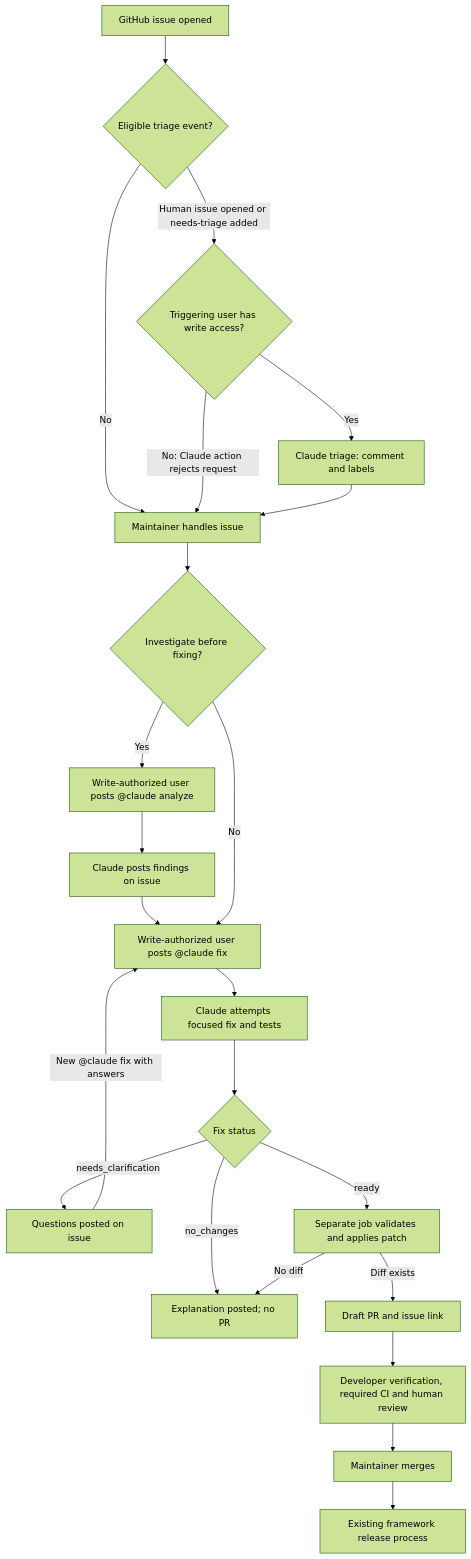
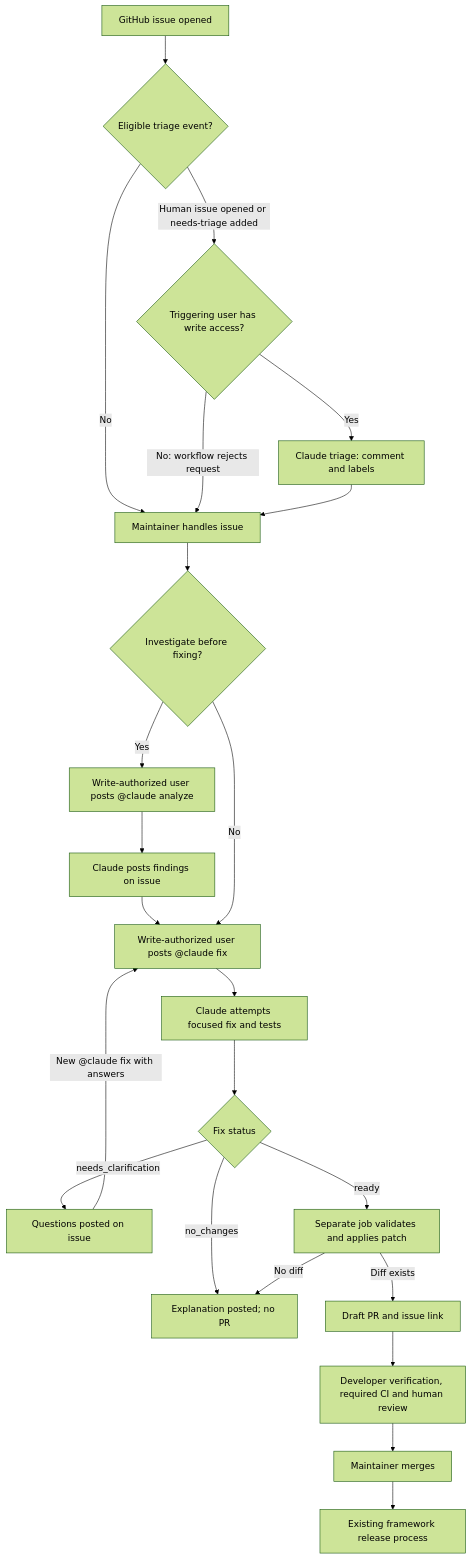
One commit to avioconsulting/shared-workflows changed the diagram in FRAMEWORK_AI_MAINTENANCE_CURRENT_APPROACH.md. Above: the diagram before and after it, drawn with Mermaid (forest theme). The commit also changed other lines of this file and 5 other files, not shown here.

````diff
--- a/FRAMEWORK_AI_MAINTENANCE_CURRENT_APPROACH.md
+++ b/FRAMEWORK_AI_MAINTENANCE_CURRENT_APPROACH.md
@@ -11,25 +11,25 @@
 ```mermaid
 flowchart TD
     Issue[GitHub issue opened] --> TriageEvent{Eligible triage event?}
     TriageEvent -->|Human issue opened or needs-triage added| TriageAuth{Triggering user has write access?}
     TriageEvent -->|No| Human[Maintainer handles issue]
-    TriageAuth -->|No: Claude action rejects request| Human
+    TriageAuth -->|No: workflow rejects request| Human
     TriageAuth -->|Yes| Triage[Claude triage: comment and labels]
     Triage --> Human
     Human --> Decision{Investigate before fixing?}
     Decision -->|Yes| AnalyzeCmd[Write-authorized user posts @claude analyze]
     AnalyzeCmd --> Analyze[Claude posts findings on issue]
     Analyze --> FixCmd
     Decision -->|No| FixCmd[Write-authorized user posts @claude fix]
     FixCmd --> Fix[Claude attempts focused fix and tests]
     Fix --> Status{Fix status}
     Status -->|needs_clarification| Questions[Questions posted on issue]
     Questions -->|New @claude fix with answers| FixCmd
     Status -->|no_changes| Explanation[Explanation posted; no PR]
     Status -->|ready| Publish[Separate job validates and applies patch]
     Publish -->|Diff exists| PR[Draft PR and issue link]
     Publish -->|No diff| Explanation
     PR --> Review[Developer verification, required CI and human review]
     Review --> Merge[Maintainer merges]
     Merge --> Release[Existing framework release process]
 ```
````
